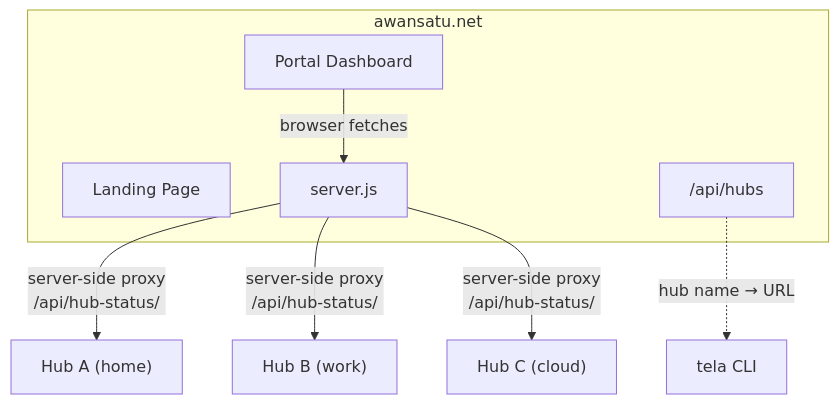
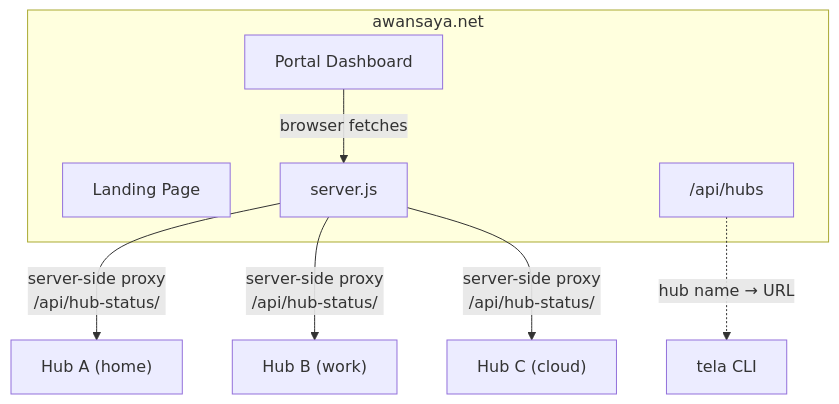
One commit to paulmooreparks/awansaya changed the diagram in README.md. Above: the diagram before and after it, drawn with Mermaid. The commit also changed other lines of this file and 13 other files, not shown here.

Commit message:
chore: rename Awan Satu to Awan Saya, awansatu.net to awansaya.net

````diff
--- a/README.md
+++ b/README.md
@@ -15,19 +15,19 @@
 ```mermaid
 flowchart TB
-  subgraph "awansatu.net"
+  subgraph "awansaya.net"
     LP[Landing Page]
     PD[Portal Dashboard]
     SRV[server.js]
     API["/api/hubs"]
   end
 
   PD -->|browser fetches| SRV
   SRV -->|"server-side proxy\n/api/hub-status/<name>"| HA
   SRV -->|"server-side proxy\n/api/hub-status/<name>"| HB
   SRV -->|"server-side proxy\n/api/hub-status/<name>"| HC
   API -.->|"hub name → URL"| CLI["tela CLI"]
 
   HA["Hub A (home)"]
   HB["Hub B (work)"]
   HC["Hub C (cloud)"]
 ```
````
